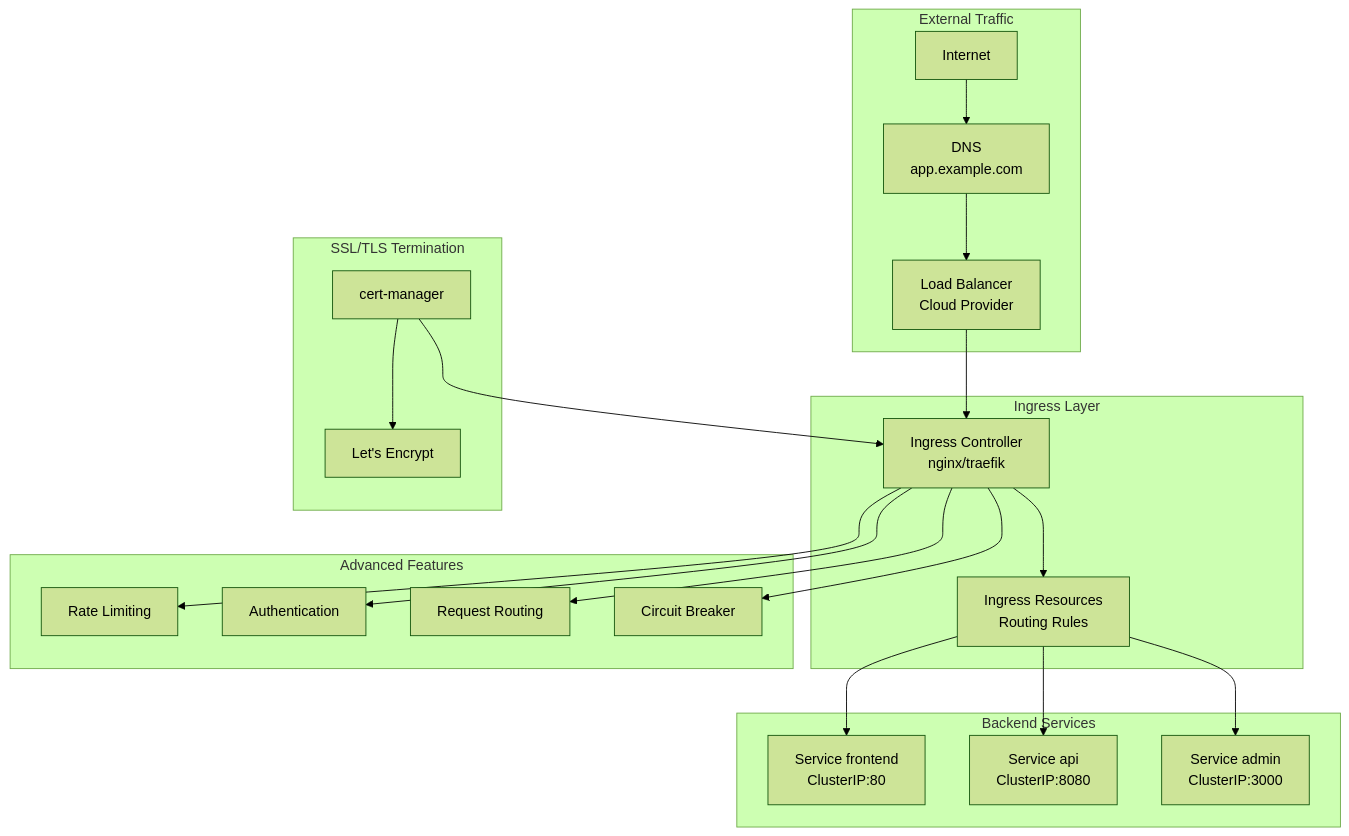
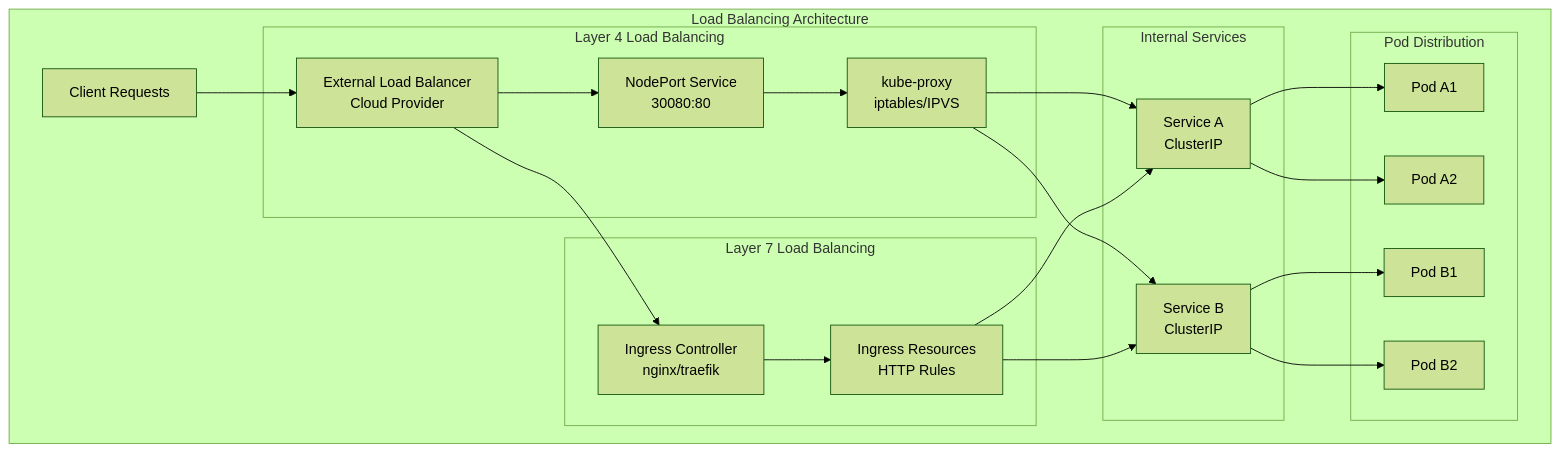
The fourth of 7 diagrams in Sprint3-Orchestration-Kubernetes/Semaine-2-Kubernetes-Applications/cours/S3_S2_cours_kubernetes_applications.md (hassanaym83/Formation_Devops), drawn with Mermaid (forest theme) before and after one commit. The commit also changed other lines of this file and 1407 other files, not shown here.

````diff
--- a/Sprint3-Orchestration-Kubernetes/Semaine-2-Kubernetes-Applications/cours/S3_S2_cours_kubernetes_applications.md
+++ b/Sprint3-Orchestration-Kubernetes/Semaine-2-Kubernetes-Applications/cours/S3_S2_cours_kubernetes_applications.md
@@ -137,35 +747,30 @@
 ```mermaid
 graph TB
-    subgraph "External Traffic"
-        A[Internet] --> B[DNS<br/>app.example.com]
-        B --> C[Load Balancer<br/>Cloud Provider]
+    subgraph "Load Balancing Architecture"
+        A[Client Requests] --> B[External Load Balancer<br/>Cloud Provider]
+
+        subgraph "Layer 4 Load Balancing"
+            B --> C[NodePort Service<br/>30080:80]
+            C --> D[kube-proxy<br/>iptables/IPVS]
+        end
+
+        subgraph "Layer 7 Load Balancing"
+            B --> E[Ingress Controller<br/>nginx/traefik]
+            E --> F[Ingress Resources<br/>HTTP Rules]
+        end
+
+        subgraph "Internal Services"
+            D --> G[Service A<br/>ClusterIP]
+            F --> G
+            D --> H[Service B<br/>ClusterIP]
+            F --> H
+        end
+
+        subgraph "Pod Distribution"
+            G --> I[Pod A1]
+            G --> J[Pod A2]
+            H --> K[Pod B1]
+            H --> L[Pod B2]
+        end
     end
-
-    subgraph "Ingress Layer"
-        C --> D[Ingress Controller<br/>nginx/traefik]
-        D --> E[Ingress Resources<br/>Routing Rules]
-    end
-
-    subgraph "SSL/TLS Termination"
-        F[cert-manager] --> G[Let's Encrypt]
-        F --> D
-    end
-
-    subgraph "Backend Services"
-        E --> H[Service frontend<br/>ClusterIP:80]
-        E --> I[Service api<br/>ClusterIP:8080]
-        E --> J[Service admin<br/>ClusterIP:3000]
-    end
-
-    subgraph "Advanced Features"
-        K[Rate Limiting]
-        L[Authentication]
-        M[Request Routing]
-        N[Circuit Breaker]
-    end
-
-    D --> K
-    D --> L
-    D --> M
-    D --> N
 ```
````
